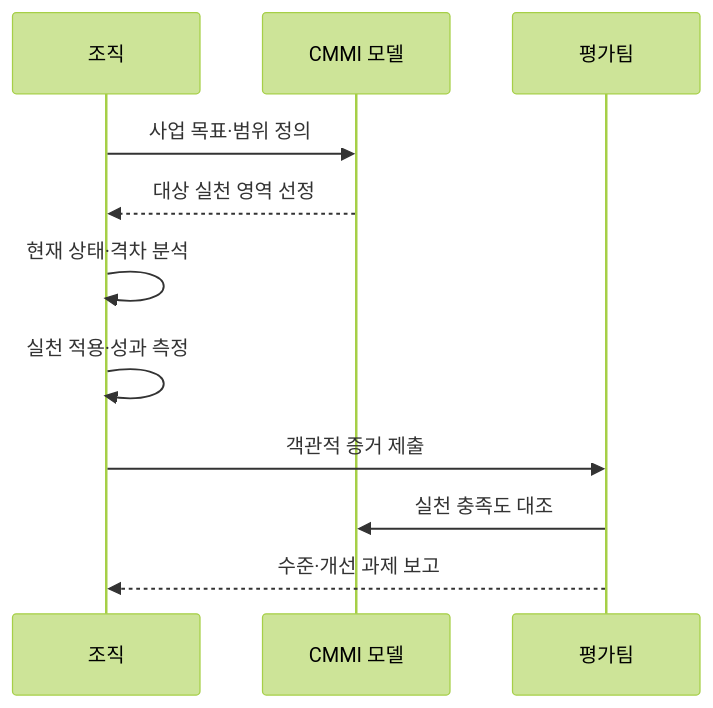
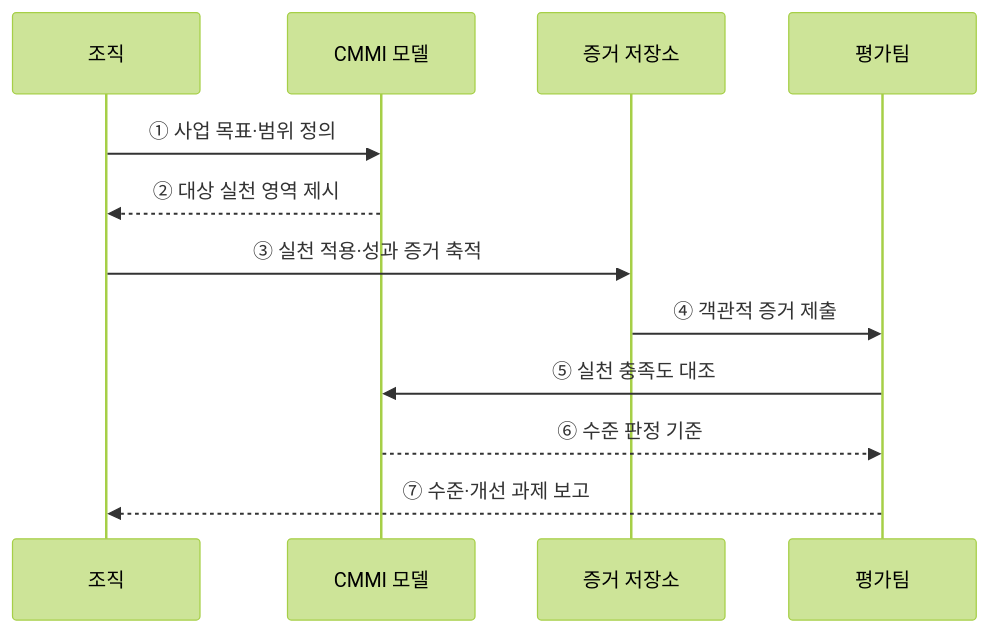
The second of 2 diagrams in src/content/docs/notes/03-software/070_cmmi_maturity_model.md (agnusdei1207/knowledge-base), drawn with Mermaid (forest theme) before and after one commit. The commit also changed other lines of this file and 20 other files, not shown here.

````diff
--- a/src/content/docs/notes/03-software/070_cmmi_maturity_model.md
+++ b/src/content/docs/notes/03-software/070_cmmi_maturity_model.md
@@ -80,13 +69,14 @@
 ```mermaid
 sequenceDiagram
     participant O as 조직
     participant M as CMMI 모델
+    participant E as 증거 저장소
     participant A as 평가팀
-    O->>M: 사업 목표·범위 정의
-    M-->>O: 대상 실천 영역 선정
-    O->>O: 현재 상태·격차 분석
-    O->>O: 실천 적용·성과 측정
-    O->>A: 객관적 증거 제출
-    A->>M: 실천 충족도 대조
-    A-->>O: 수준·개선 과제 보고
+    O->>M: ① 사업 목표·범위 정의
+    M-->>O: ② 대상 실천 영역 제시
+    O->>E: ③ 실천 적용·성과 증거 축적
+    E->>A: ④ 객관적 증거 제출
+    A->>M: ⑤ 실천 충족도 대조
+    M-->>A: ⑥ 수준 판정 기준
+    A-->>O: ⑦ 수준·개선 과제 보고
 ```
````
